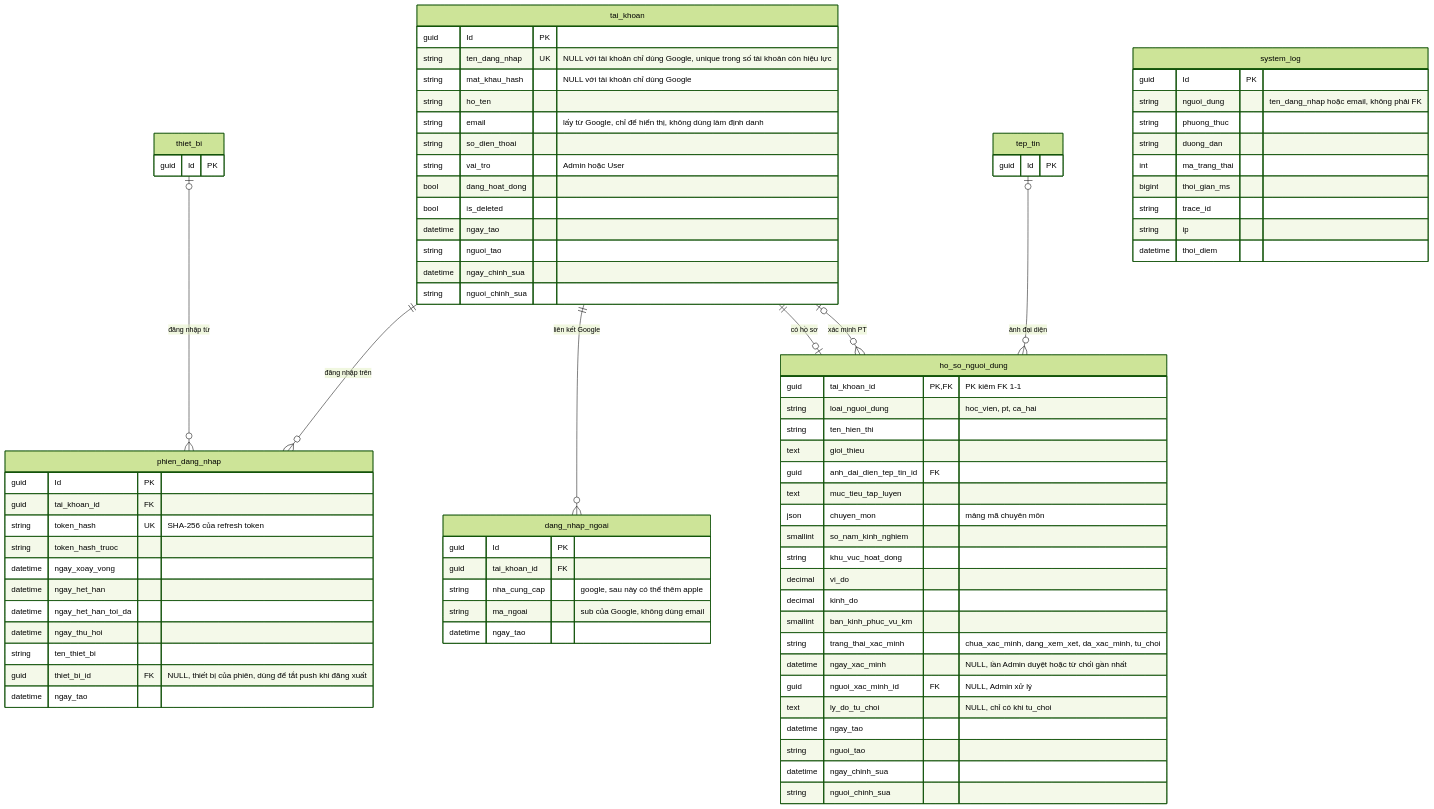
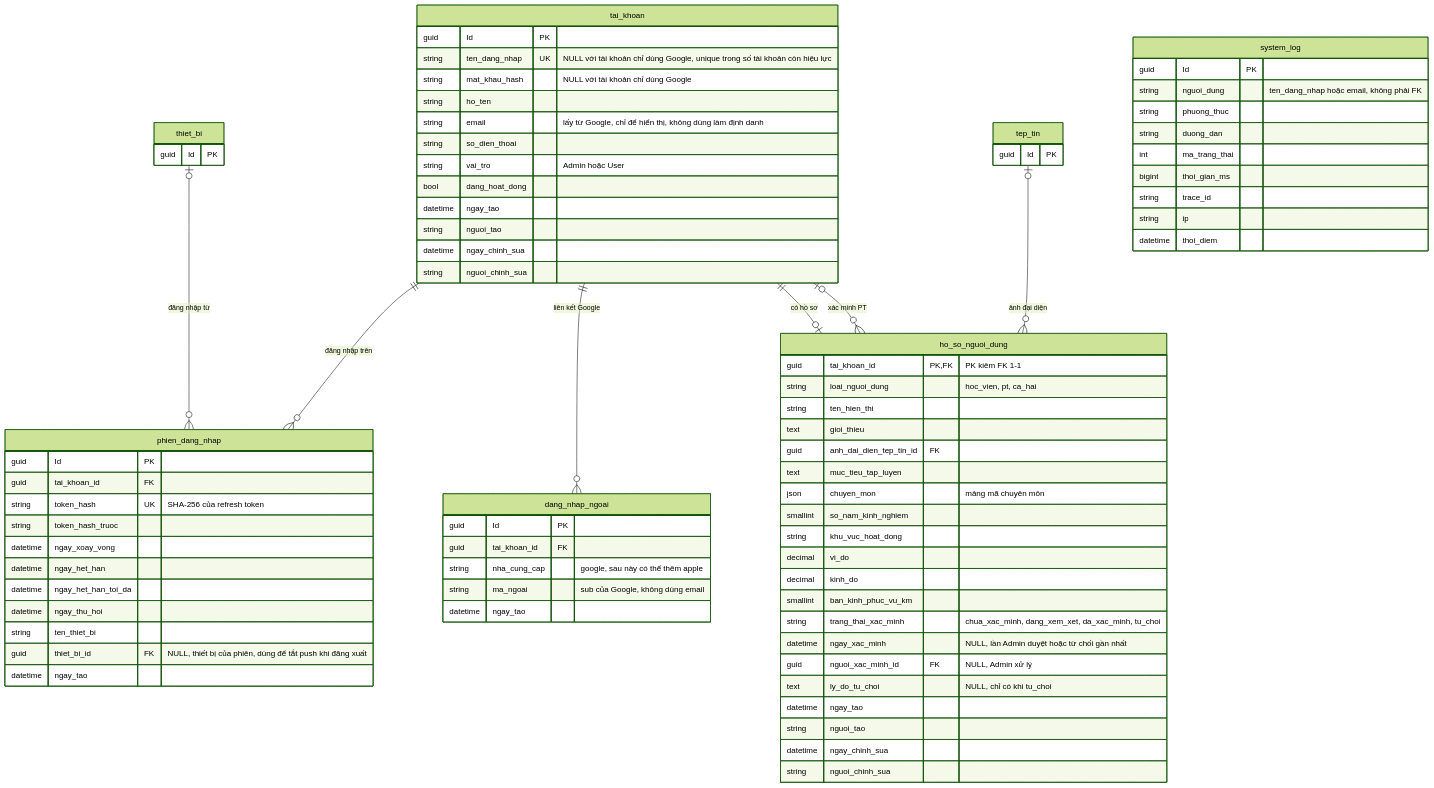
Before and after one commit to ngongochuy2003/GymBase: the first of 3 diagrams in database/diagrams/01-tai-khoan-ho-so.md, drawn with Mermaid (forest theme). The commit also changed other lines of this file and 14 other files, not shown here.

```diff
--- a/database/diagrams/01-tai-khoan-ho-so.md
+++ b/database/diagrams/01-tai-khoan-ho-so.md
@@ -25,7 +25,6 @@
         string so_dien_thoai
         string vai_tro "Admin hoặc User"
         bool dang_hoat_dong
-        bool is_deleted
         datetime ngay_tao
         string nguoi_tao
         datetime ngay_chinh_sua
```
